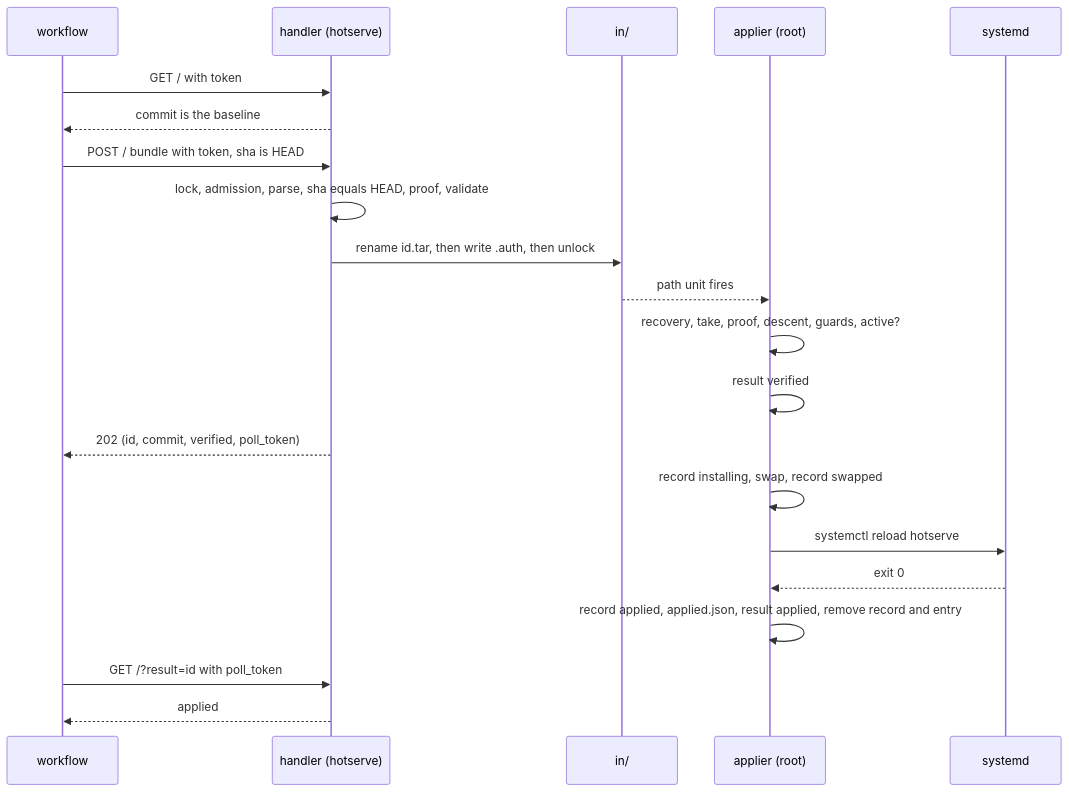
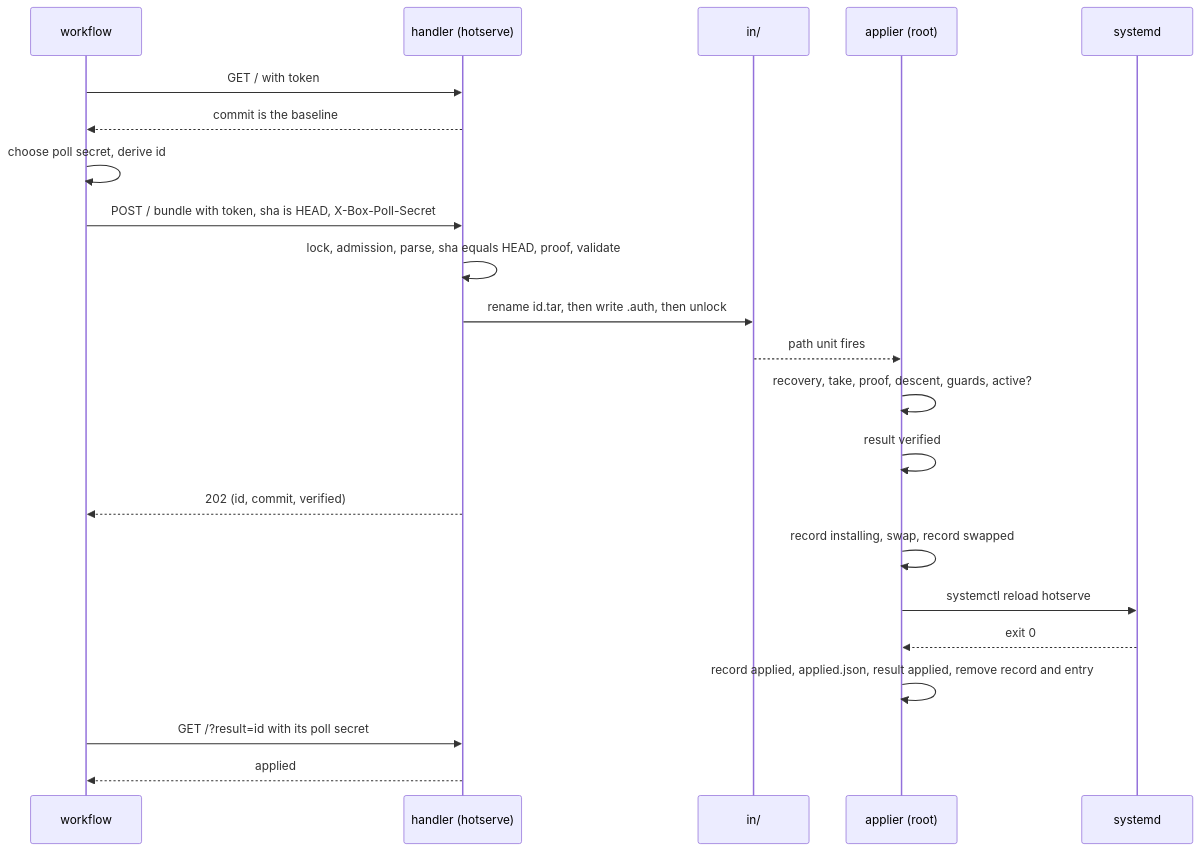
The second of 3 diagrams in box/DESIGN-box.md (smallhoursorg/hotserve), drawn with Mermaid before and after one commit. The commit also changed other lines of this file, not shown here.

````diff
--- a/box/DESIGN-box.md
+++ b/box/DESIGN-box.md
@@ -768,23 +801,24 @@
 ```mermaid
 sequenceDiagram
     participant W as workflow
     participant H as handler (hotserve)
     participant I as in/
     participant A as applier (root)
     participant S as systemd
     W->>H: GET / with token
     H-->>W: commit is the baseline
-    W->>H: POST / bundle with token, sha is HEAD
+    W->>W: choose poll secret, derive id
+    W->>H: POST / bundle with token, sha is HEAD, X-Box-Poll-Secret
     H->>H: lock, admission, parse, sha equals HEAD, proof, validate
     H->>I: rename id.tar, then write .auth, then unlock
     I-->>A: path unit fires
     A->>A: recovery, take, proof, descent, guards, active?
     A->>A: result verified
-    H-->>W: 202 (id, commit, verified, poll_token)
+    H-->>W: 202 (id, commit, verified)
     A->>A: record installing, swap, record swapped
     A->>S: systemctl reload hotserve
     S-->>A: exit 0
     A->>A: record applied, applied.json, result applied, remove record and entry
-    W->>H: GET /?result=id with poll_token
+    W->>H: GET /?result=id with its poll secret
     H-->>W: applied
 ```
````
